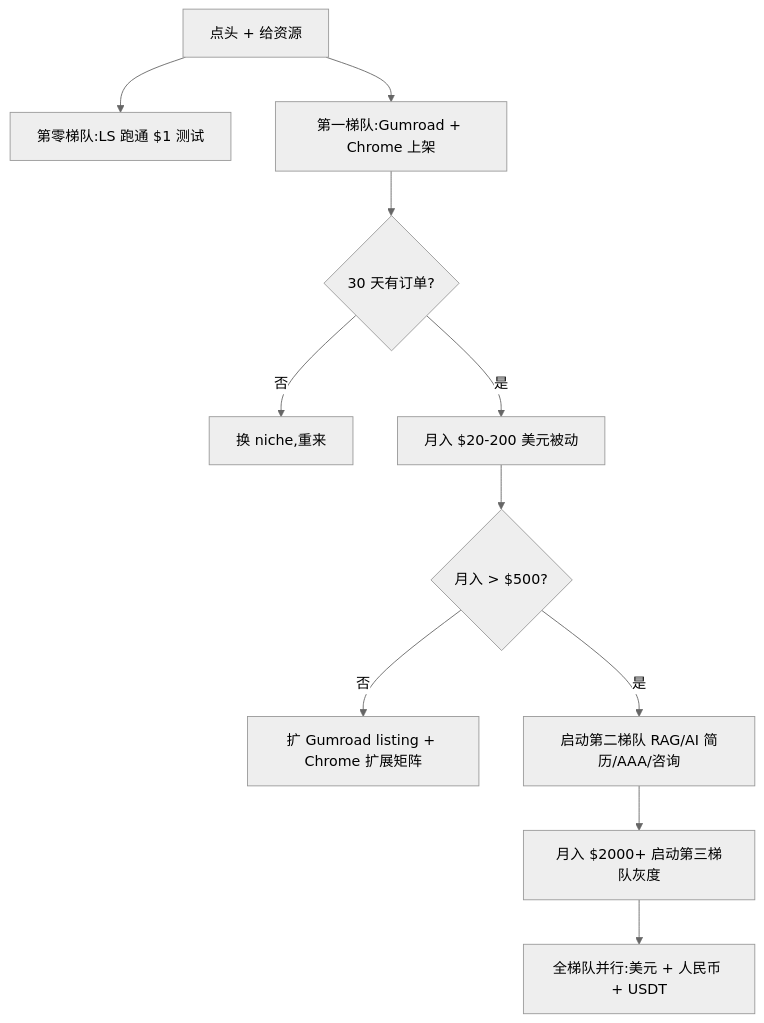
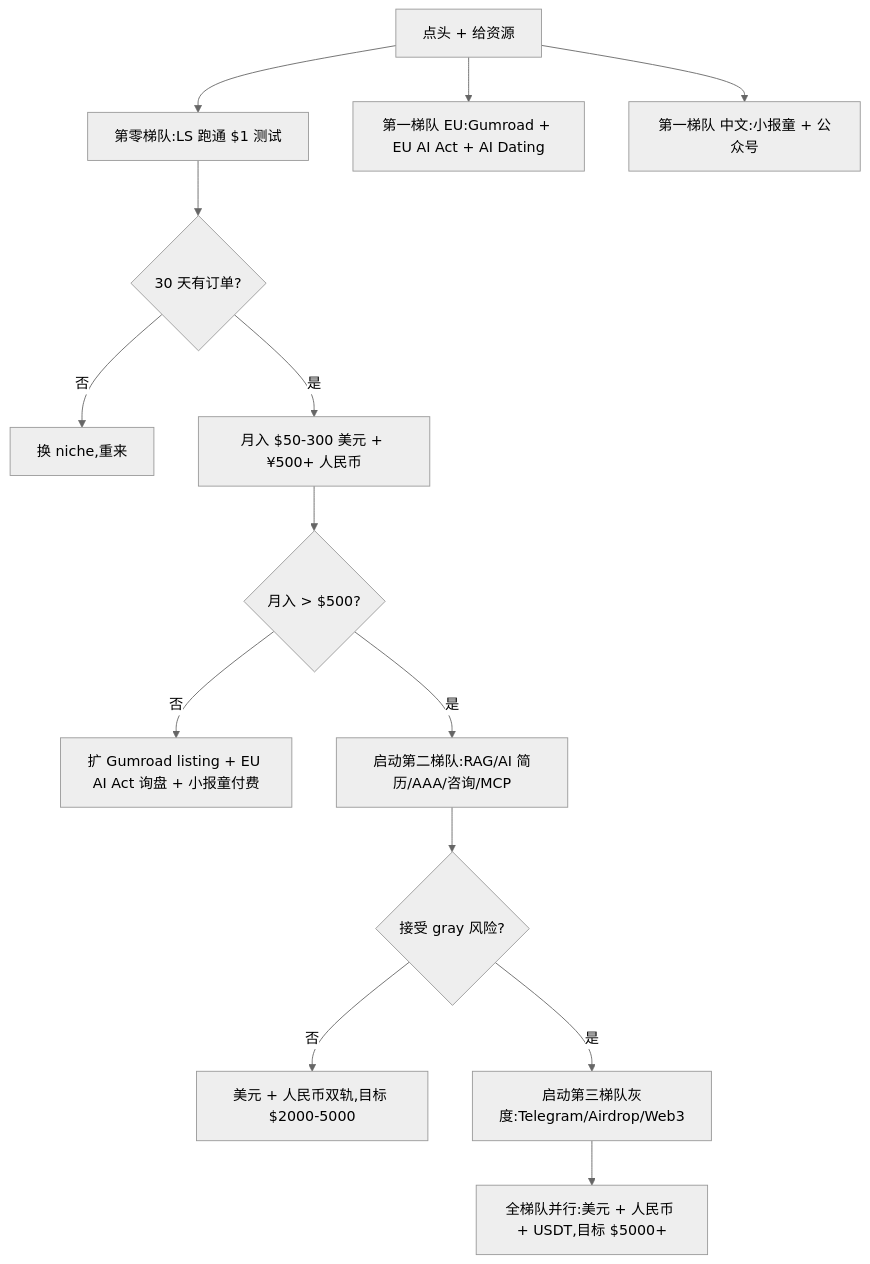
The diagram in docs/ACTION-PLAN.md (zsl99a/padme), drawn with Mermaid (neutral theme) before and after one commit. The commit also changed other lines of this file and 120 other files, not shown here.

````diff
--- a/docs/ACTION-PLAN.md
+++ b/docs/ACTION-PLAN.md
@@ -178,13 +226,16 @@
 ```mermaid
 graph TD
     A[点头 + 给资源] --> B[第零梯队:LS 跑通 $1 测试]
-    A --> C[第一梯队:Gumroad + Chrome 上架]
-    C --> D{30 天有订单?}
+    A --> C1[第一梯队 EU:Gumroad + EU AI Act + AI Dating]
+    A --> C2[第一梯队 中文:小报童 + 公众号]
+    B --> D{30 天有订单?}
     D -->|否| E[换 niche,重来]
-    D -->|是| F[月入 $20-200 美元被动]
+    D -->|是| F[月入 $50-300 美元 + ¥500+ 人民币]
     F --> G{月入 > $500?}
-    G -->|否| H[扩 Gumroad listing + Chrome 扩展矩阵]
-    G -->|是| I[启动第二梯队 RAG/AI 简历/AAA/咨询]
-    I --> J[月入 $2000+ 启动第三梯队灰度]
-    J --> K[全梯队并行:美元 + 人民币 + USDT]
+    G -->|否| H[扩 Gumroad listing + EU AI Act 询盘 + 小报童付费]
+    G -->|是| I[启动第二梯队:RAG/AI 简历/AAA/咨询/MCP]
+    I --> J{接受 gray 风险?}
+    J -->|否| K[美元 + 人民币双轨,目标 $2000-5000]
+    J -->|是| L[启动第三梯队灰度:Telegram/Airdrop/Web3]
+    L --> M[全梯队并行:美元 + 人民币 + USDT,目标 $5000+]
 ```
````
